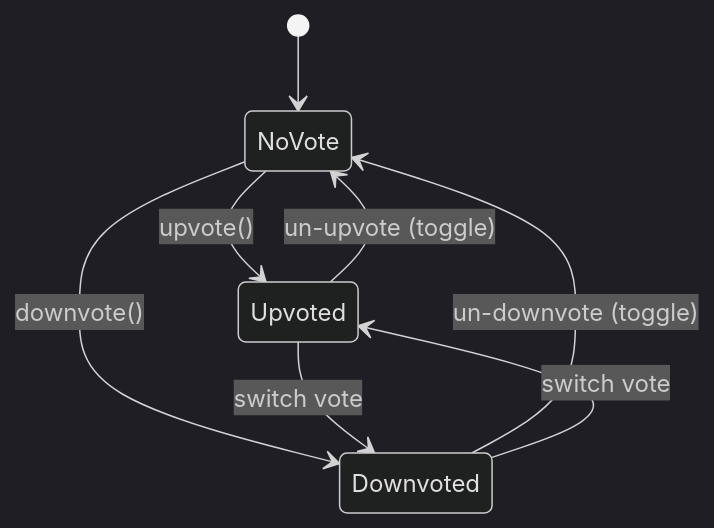
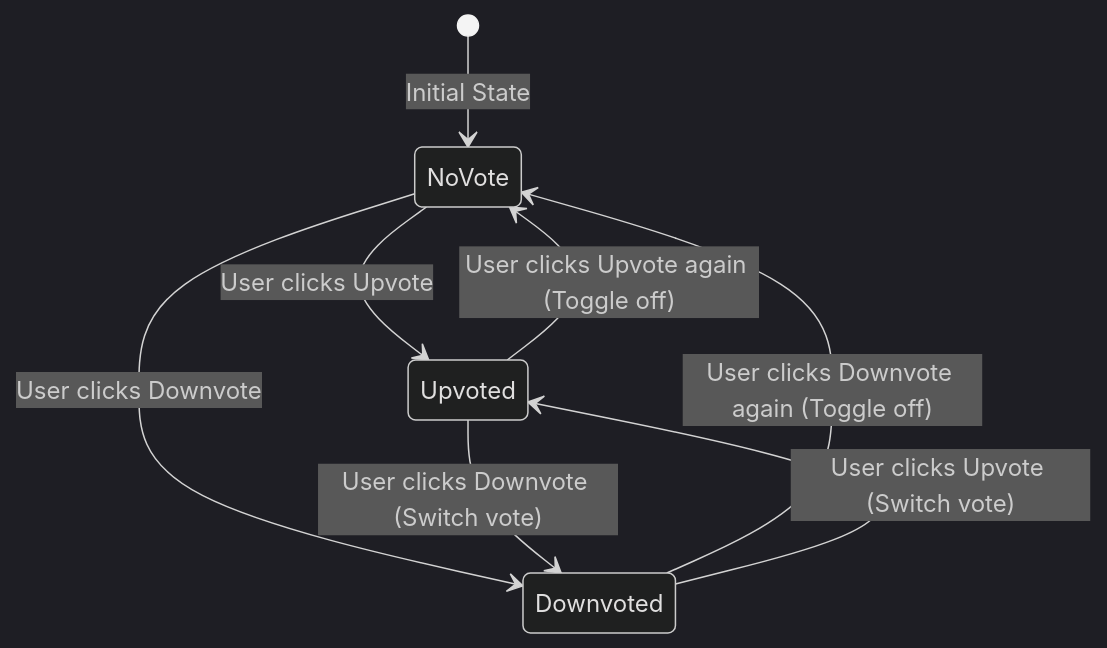
Before and after one commit to riyaz-pasha/Learnings: the fifth of 15 diagrams in system-design/HLD/0-course/27-Design Quora-FAANG-Guide-story.md, drawn with Mermaid (dark theme). The commit also changed other lines of this file and 1 other file, not shown here.

Commit message:
docs: simplify language, expand examples, and fix mermaid diagrams in Quora guide

````diff
--- a/system-design/HLD/0-course/27-Design Quora-FAANG-Guide-story.md
+++ b/system-design/HLD/0-course/27-Design Quora-FAANG-Guide-story.md
@@ -116,10 +289,13 @@
 ```mermaid
 stateDiagram-v2
-    [*] --> NoVote
-    NoVote --> Upvoted: upvote()
-    NoVote --> Downvoted: downvote()
-    Upvoted --> NoVote: un-upvote (toggle)
-    Upvoted --> Downvoted: switch vote
-    Downvoted --> NoVote: un-downvote (toggle)
-    Downvoted --> Upvoted: switch vote
+    [*] --> NoVote: Initial State
+    
+    NoVote --> Upvoted: User clicks Upvote
+    NoVote --> Downvoted: User clicks Downvote
+    
+    Upvoted --> NoVote: User clicks Upvote again (Toggle off)
+    Upvoted --> Downvoted: User clicks Downvote (Switch vote)
+    
+    Downvoted --> NoVote: User clicks Downvote again (Toggle off)
+    Downvoted --> Upvoted: User clicks Upvote (Switch vote)
 ```
````
